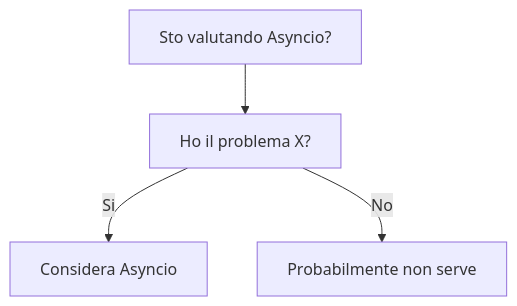
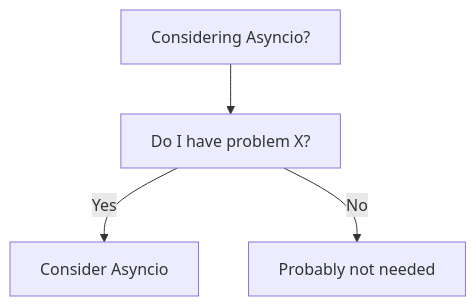
One commit to HxT9/Software-Dev-Wiki changed the diagram in dev-wiki/14_Languages/Python/Asyncio/When_To_Use.md. Above: the diagram before and after it, drawn with Mermaid. The commit also changed other lines of this file and 3444 other files, not shown here.

````diff
--- a/dev-wiki/14_Languages/Python/Asyncio/When_To_Use.md
+++ b/dev-wiki/14_Languages/Python/Asyncio/When_To_Use.md
@@ -19,6 +19,6 @@
 ```mermaid
 flowchart TD
-  Q[Sto valutando Asyncio?] --> Q1[Ho il problema X?]
-  Q1 -->|Si| OK[Considera Asyncio]
-  Q1 -->|No| NO[Probabilmente non serve]
+  Q[Considering Asyncio?] --> Q1[Do I have problem X?]
+  Q1 -->|Yes| OK[Consider Asyncio]
+  Q1 -->|No| NO[Probably not needed]
 ```
````
